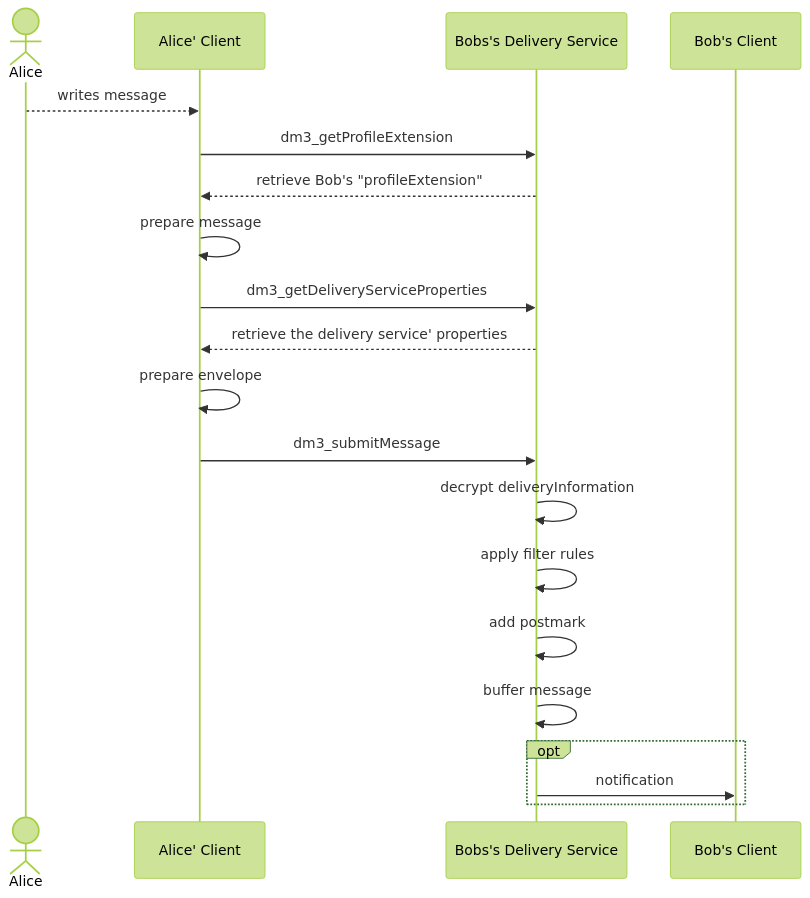
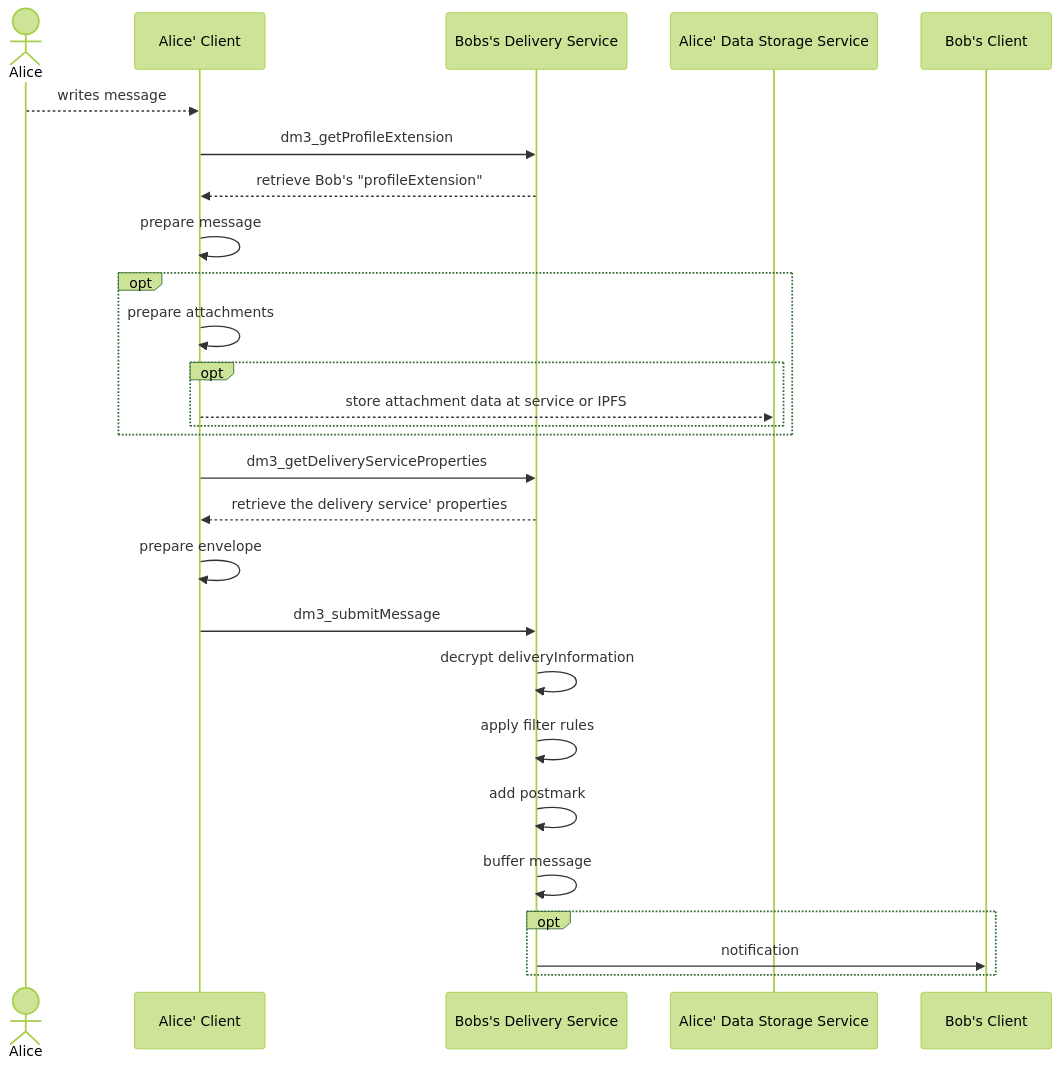
One commit to dm3-org/dm3-spec changed the second of 2 diagrams in docs/specification/message-transport/mtp-transport.md. Above: the diagram before and after it, drawn with Mermaid (forest theme).

Commit message:
enhanced sequence charts

````diff
--- a/docs/specification/message-transport/mtp-transport.md
+++ b/docs/specification/message-transport/mtp-transport.md
@@ -87,22 +87,29 @@
 ```{mermaid}
   sequenceDiagram
     actor A as Alice
     participant AA as Alice' Client
     participant BD as Bobs's Delivery Service
+    participant CC as Alice' Data Storage Service
     participant BB as Bob's Client   
     A-->>AA: writes message
     AA->>BD: dm3_getProfileExtension
     BD-->>AA: retrieve Bob's "profileExtension"
     AA->>AA: prepare message
+    opt
+      AA->>AA: prepare attachments
+      opt
+        AA-->>CC: store attachment data at service or IPFS
+      end
+    end
     AA->>BD: dm3_getDeliveryServiceProperties
     BD-->>AA: retrieve the delivery service' properties
     AA->>AA: prepare envelope
     AA->>BD: dm3_submitMessage
     BD->>BD: decrypt deliveryInformation
     BD->>BD: apply filter rules
     BD->>BD: add postmark
     BD->>BD: buffer message
     opt
        BD->>BB: notification
     end  
 ```
````
